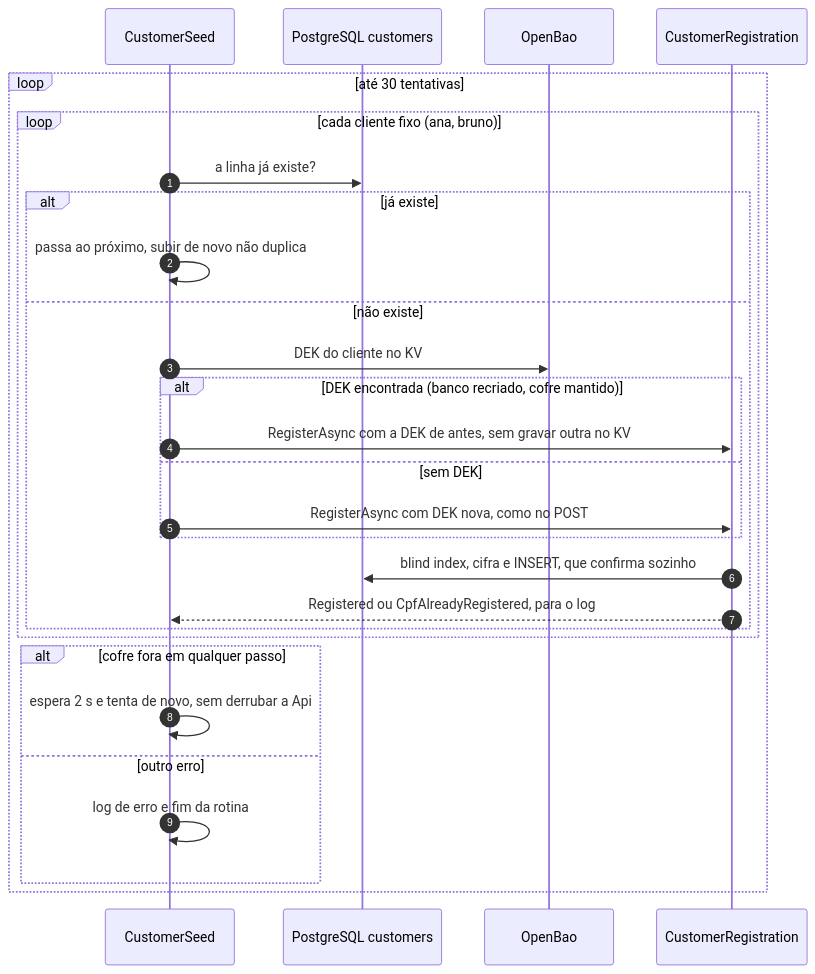
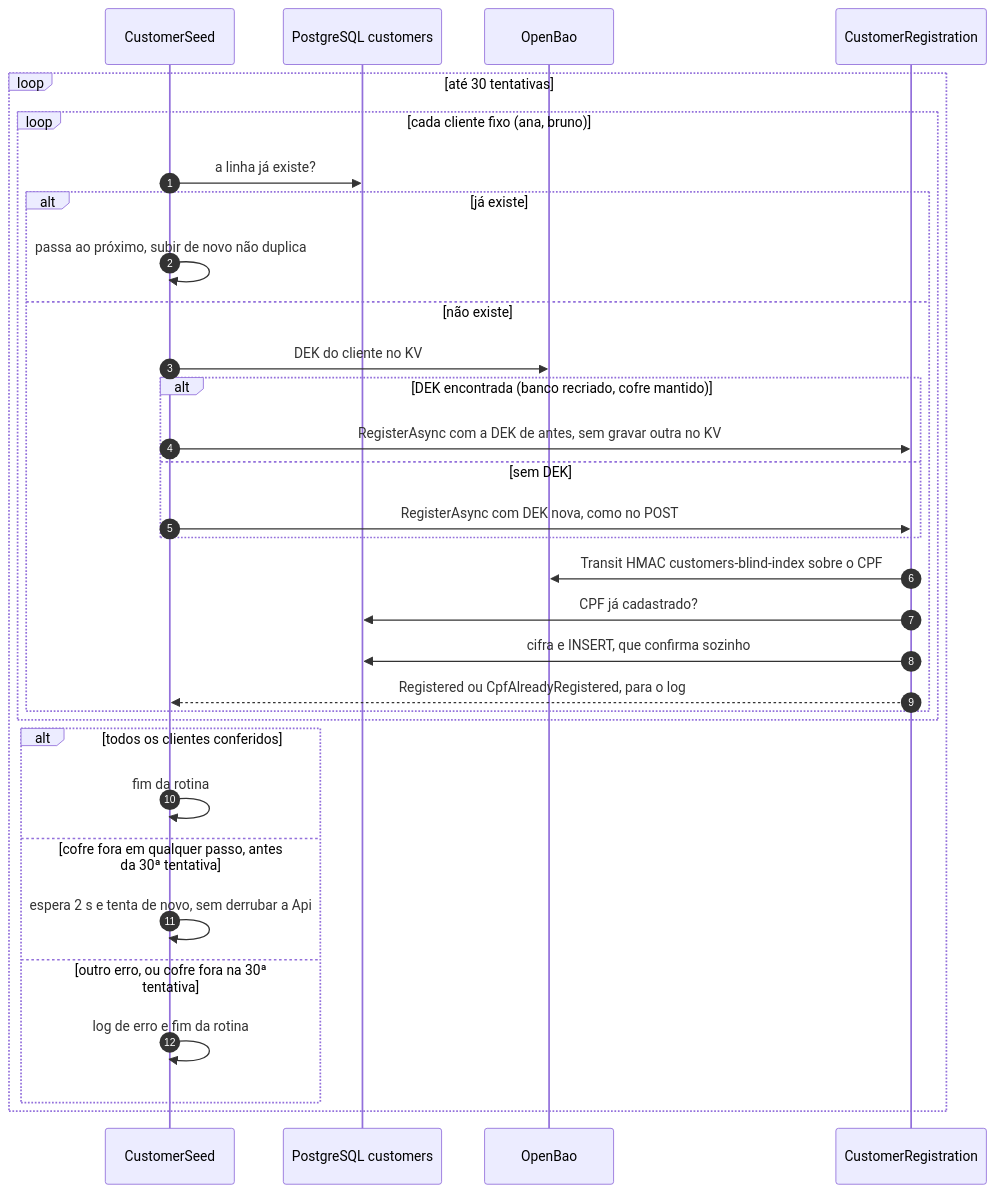
Before and after one commit to arthuurw/desafio-arquiteto-keyrus: the fourth of 5 diagrams in docs/arquitetura/fluxos-customers.md, drawn with Mermaid. The commit also changed other lines of this file and 2 other files, not shown here.

Commit message:
docs(fluxos): close the second flow check against HEAD
- personal-data audit drawn on every outcome the reader returns
- seed shows the Transit HMAC, the CPF check, its end and the last attempt
- OpenBao 404 is decided by the caller: error on reads, no DEK in the seed
- statement shows the snapshot and projected version reads
- relay skips unknown event types and marks only when something applied
- legend gains opt

````diff
--- a/docs/arquitetura/fluxos-customers.md
+++ b/docs/arquitetura/fluxos-customers.md
@@ -180,31 +179,35 @@
 ```mermaid
 sequenceDiagram
   autonumber
   participant S as CustomerSeed
   participant DB as PostgreSQL customers
   participant V as OpenBao
   participant R as CustomerRegistration
 
   loop até 30 tentativas
     loop cada cliente fixo (ana, bruno)
       S->>DB: a linha já existe?
       alt já existe
         S->>S: passa ao próximo, subir de novo não duplica
       else não existe
         S->>V: DEK do cliente no KV
         alt DEK encontrada (banco recriado, cofre mantido)
           S->>R: RegisterAsync com a DEK de antes, sem gravar outra no KV
         else sem DEK
           S->>R: RegisterAsync com DEK nova, como no POST
         end
-        R->>DB: blind index, cifra e INSERT, que confirma sozinho
+        R->>V: Transit HMAC customers-blind-index sobre o CPF
+        R->>DB: CPF já cadastrado?
+        R->>DB: cifra e INSERT, que confirma sozinho
         R-->>S: Registered ou CpfAlreadyRegistered, para o log
       end
     end
-    alt cofre fora em qualquer passo
+    alt todos os clientes conferidos
+      S->>S: fim da rotina
+    else cofre fora em qualquer passo, antes da 30ª tentativa
       S->>S: espera 2 s e tenta de novo, sem derrubar a Api
-    else outro erro
+    else outro erro, ou cofre fora na 30ª tentativa
       S->>S: log de erro e fim da rotina
     end
   end
 ```
````
